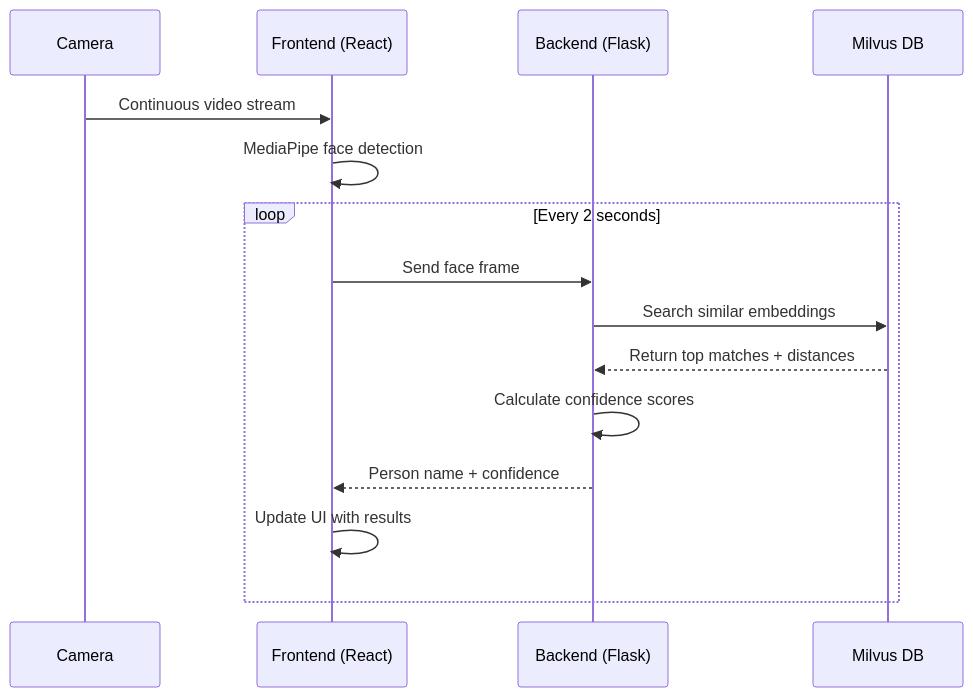
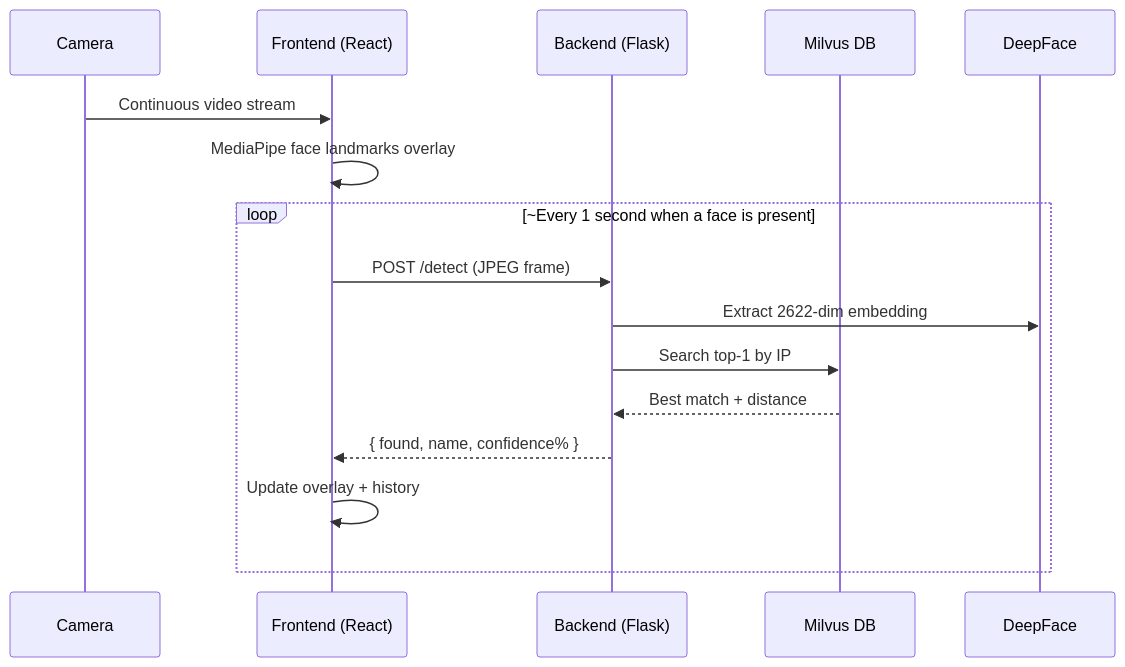
One commit to Tharindu-X/face-recognition-project changed the second of 2 diagrams in face-recognition-app/SYSTEM_ARCHITECTURE.md. Above: the diagram before and after it, drawn with Mermaid. The commit also changed other lines of this file, not shown here.

Commit message:
updated system architecture

````diff
--- a/face-recognition-app/SYSTEM_ARCHITECTURE.md
+++ b/face-recognition-app/SYSTEM_ARCHITECTURE.md
@@ -85,19 +80,19 @@
 ```mermaid
 sequenceDiagram
     participant Camera
     participant Frontend as Frontend (React)
     participant Backend as Backend (Flask)
     participant Milvus as Milvus DB
     
     Camera->>Frontend: Continuous video stream
-    Frontend->>Frontend: MediaPipe face detection
+    Frontend->>Frontend: MediaPipe face landmarks overlay
     
-    loop Every 2 seconds
-        Frontend->>Backend: Send face frame
-        Backend->>Milvus: Search similar embeddings
-        Milvus-->>Backend: Return top matches + distances
-        Backend->>Backend: Calculate confidence scores
-        Backend-->>Frontend: Person name + confidence
-        Frontend->>Frontend: Update UI with results
+    loop ~Every 1 second when a face is present
+        Frontend->>Backend: POST /detect (JPEG frame)
+        Backend->>DeepFace: Extract 2622-dim embedding
+        Backend->>Milvus: Search top-1 by IP
+        Milvus-->>Backend: Best match + distance
+        Backend-->>Frontend: { found, name, confidence% }
+        Frontend->>Frontend: Update overlay + history
     end
 ```
````
